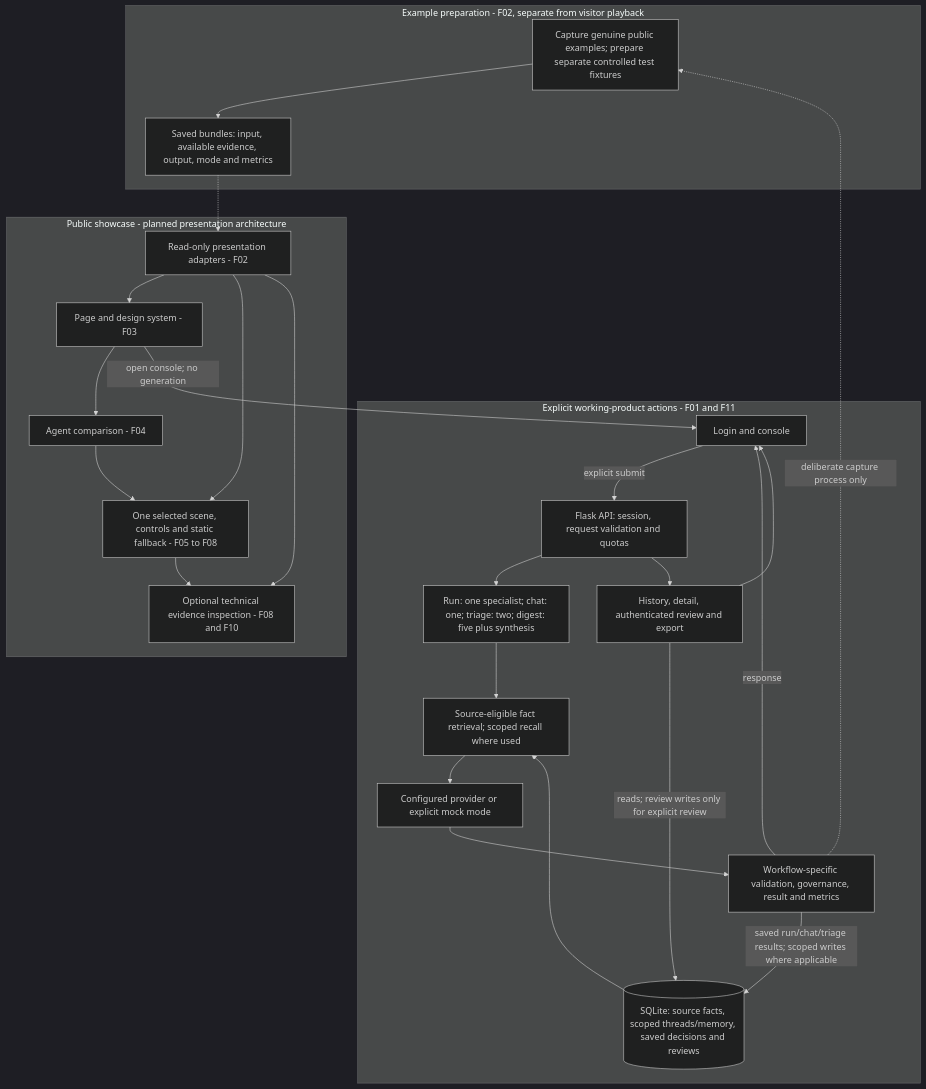
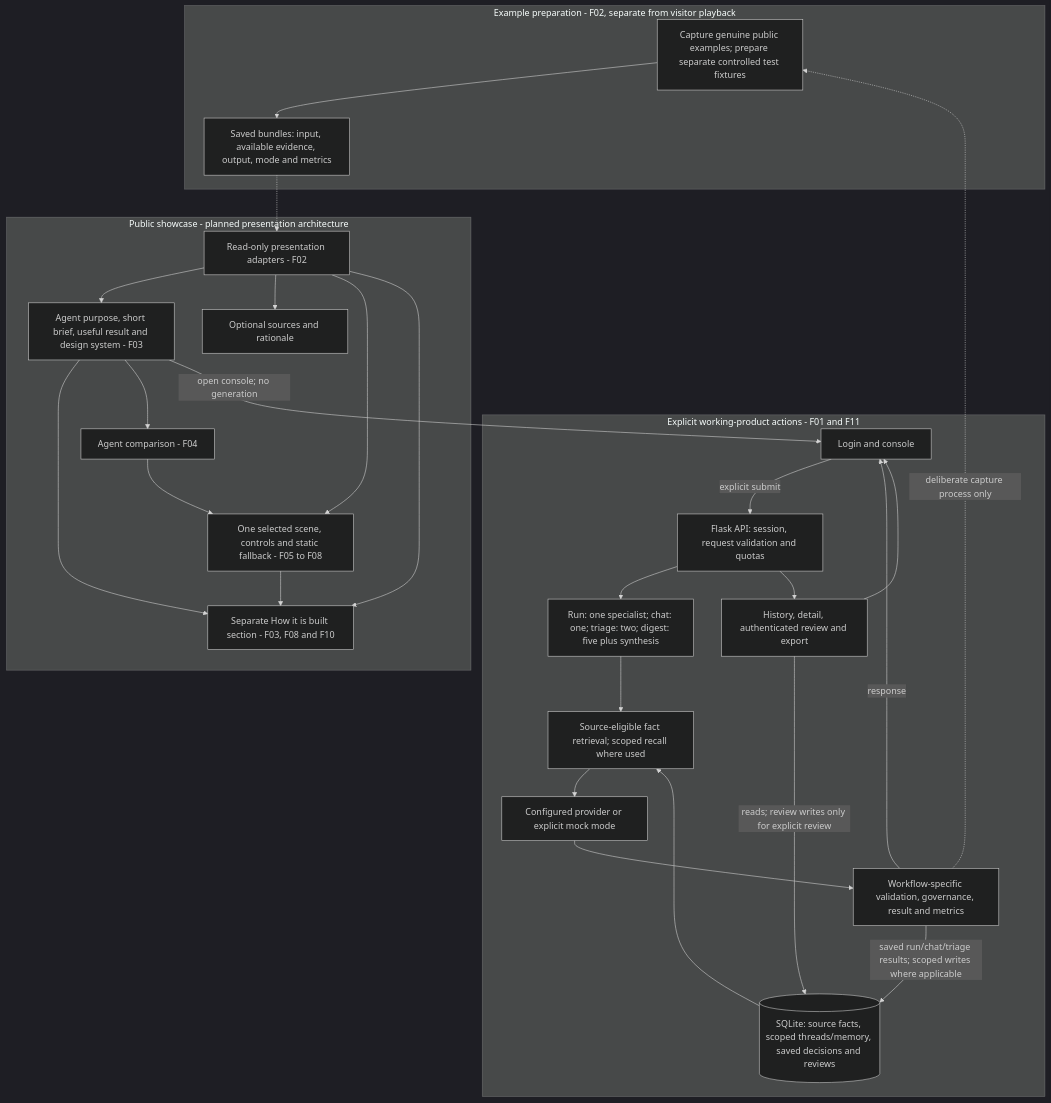
Before and after one commit to namm9an/Marketing-OS: the first of 3 diagrams in docs/MARKETING_OS_BLUEPRINT_PLAN.md, drawn with Mermaid (dark theme). The commit also changed other lines of this file and 2 other files, not shown here.

Commit message:
docs: record approved agent presentation

````diff
--- a/docs/MARKETING_OS_BLUEPRINT_PLAN.md
+++ b/docs/MARKETING_OS_BLUEPRINT_PLAN.md
@@ -352,45 +357,48 @@
 ```mermaid
 flowchart TB
     subgraph Preparation["Example preparation - F02, separate from visitor playback"]
         Capture["Capture genuine public examples; prepare separate controlled test fixtures"]
         Examples["Saved bundles: input, available evidence, output, mode and metrics"]
         Capture --> Examples
     end
     subgraph Public["Public showcase - planned presentation architecture"]
         Adapter["Read-only presentation adapters - F02"]
-        Page["Page and design system - F03"]
+        Page["Agent purpose, short brief, useful result and design system - F03"]
         Compare["Agent comparison - F04"]
         Scene["One selected scene, controls and static fallback - F05 to F08"]
-        Inspect["Optional technical evidence inspection - F08 and F10"]
+        Support["Optional sources and rationale"]
+        Inspect["Separate How it is built section - F03, F08 and F10"]
         Examples -.-> Adapter
         Adapter --> Page
+        Adapter --> Support
+        Page --> Inspect
         Page --> Compare
         Compare --> Scene
         Adapter --> Scene
         Adapter --> Inspect
         Scene --> Inspect
     end
     subgraph Product["Explicit working-product actions - F01 and F11"]
         Console["Login and console"]
         API["Flask API: session, request validation and quotas"]
         Workflow["Run: one specialist; chat: one; triage: two; digest: five plus synthesis"]
         Context["Source-eligible fact retrieval; scoped recall where used"]
         Model["Configured provider or explicit mock mode"]
         Result["Workflow-specific validation, governance, result and metrics"]
         Store[("SQLite: source facts, scoped threads/memory, saved decisions and reviews")]
         ReadReview["History, detail, authenticated review and export"]
         Console -->|"explicit submit"| API
         API --> Workflow
         Workflow --> Context
         Store --> Context
         Context --> Model
         Model --> Result
         Result -->|"response"| Console
         Result -->|"saved run/chat/triage results; scoped writes where applicable"| Store
         API --> ReadReview
         ReadReview -->|"reads; review writes only for explicit review"| Store
         ReadReview --> Console
     end
     Page -->|"open console; no generation"| Console
     Result -.->|"deliberate capture process only"| Capture
 ```
````
